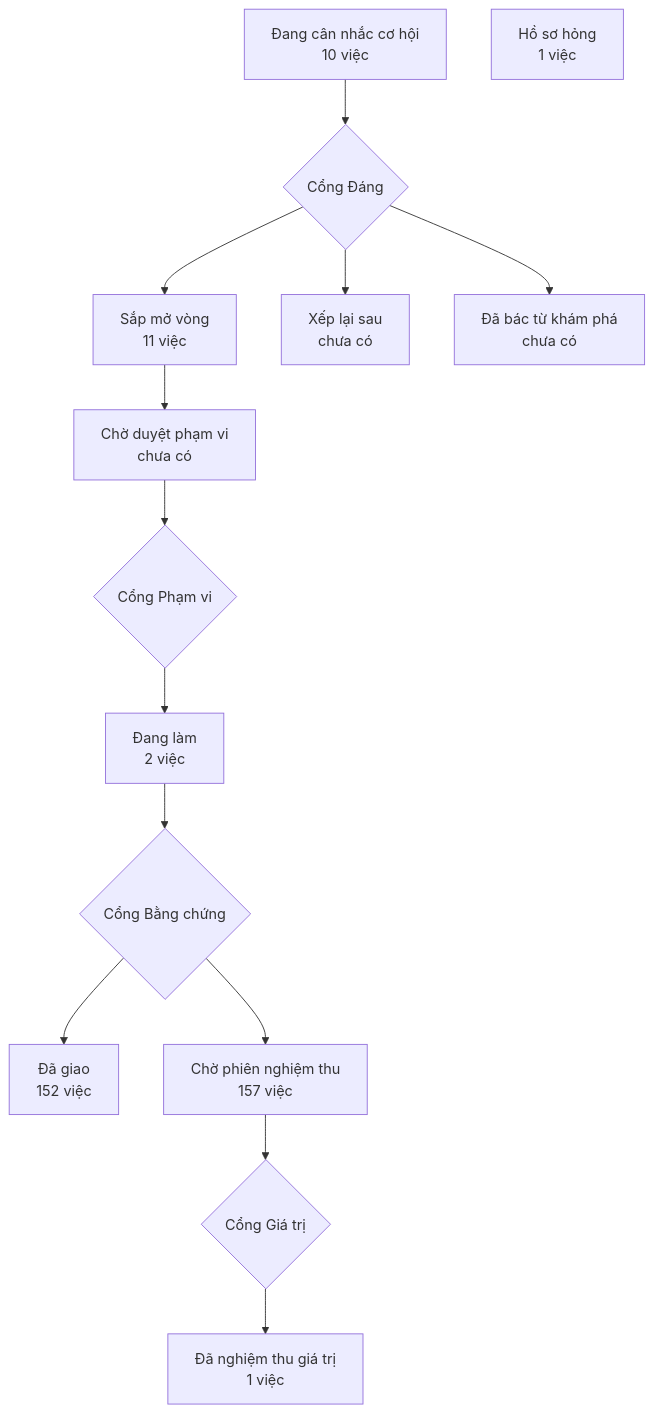
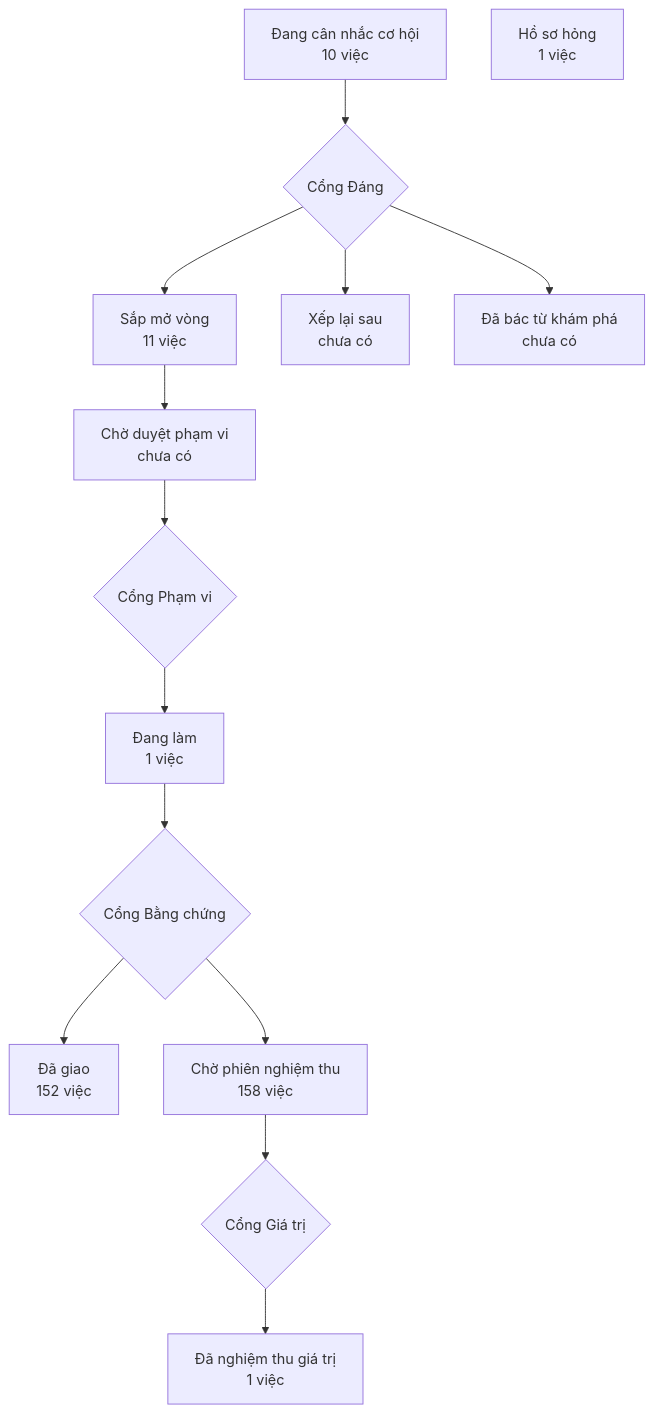
One commit to phanlemanh/crm-onehub changed the diagram in PRODUCT-MAP.md. Above: the diagram before and after it, drawn with Mermaid. The commit also changed 4 other files, not shown here.

````diff
--- a/PRODUCT-MAP.md
+++ b/PRODUCT-MAP.md
@@ -7,13 +7,13 @@
 ```mermaid
 flowchart TD
   A["Đang cân nhắc cơ hội<br/>10 việc"] --> GD{"Cổng Đáng"}
   GD --> B["Sắp mở vòng<br/>11 việc"]
   GD --> XL["Xếp lại sau<br/>chưa có"]
   GD --> DB["Đã bác từ khám phá<br/>chưa có"]
   B --> CD["Chờ duyệt phạm vi<br/>chưa có"] --> GP{"Cổng Phạm vi"}
-  GP --> DL["Đang làm<br/>2 việc"] --> GB{"Cổng Bằng chứng"}
+  GP --> DL["Đang làm<br/>1 việc"] --> GB{"Cổng Bằng chứng"}
   GB --> DG["Đã giao<br/>152 việc"]
-  GB --> CN["Chờ phiên nghiệm thu<br/>157 việc"] --> GG{"Cổng Giá trị"}
+  GB --> CN["Chờ phiên nghiệm thu<br/>158 việc"] --> GG{"Cổng Giá trị"}
   GG --> NT["Đã nghiệm thu giá trị<br/>1 việc"]
   HS["Hồ sơ hỏng<br/>1 việc"]
 ```
````
